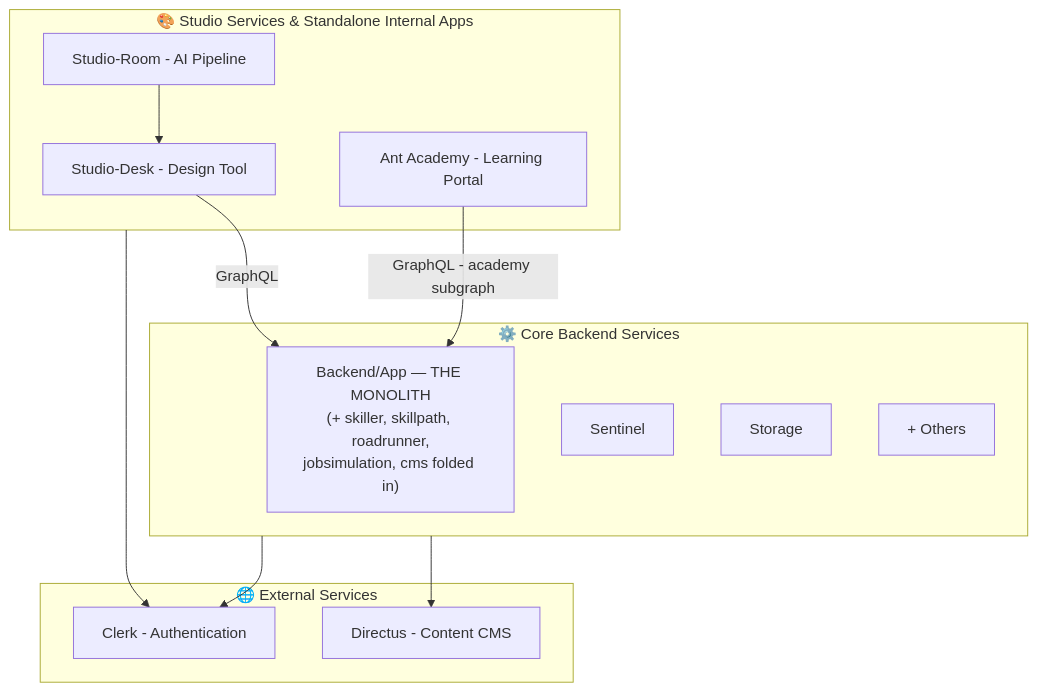
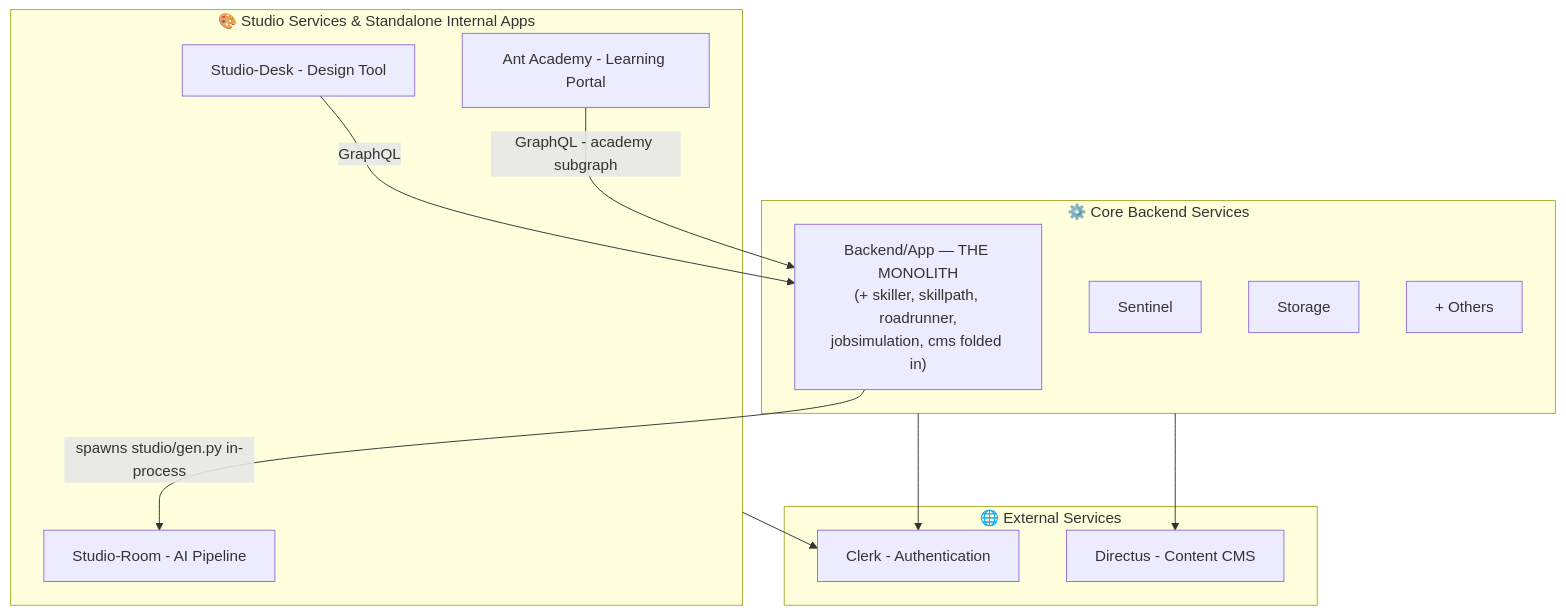
Before and after one commit to anthropos-work/rosetta: the diagram in corpus/architecture/service_taxonomy.md, drawn with Mermaid. The commit also changed other lines of this file and 38 other files, not shown here.

````diff
--- a/corpus/architecture/service_taxonomy.md
+++ b/corpus/architecture/service_taxonomy.md
@@ -16,27 +16,27 @@
 ```mermaid
 graph TB
     subgraph External["🌐 External Services"]
         Clerk[Clerk - Authentication]
         Directus[Directus - Content CMS]
     end
     
     subgraph Studio["🎨 Studio Services & Standalone Internal Apps"]
         Desk[Studio-Desk - Design Tool]
         Room[Studio-Room - AI Pipeline]
         Academy[Ant Academy - Learning Portal]
     end
     
     subgraph Core["⚙️ Core Backend Services"]
         Backend["Backend/App — THE MONOLITH<br/>(+ skiller, skillpath, roadrunner,<br/>jobsimulation, cms folded in)"]
         Sentinel[Sentinel]
         Storage[Storage]
         Others[+ Others]
     end
     
     Desk -->|GraphQL| Backend
     Academy -->|GraphQL - academy subgraph| Backend
-    Room --> Desk
+    Backend -->|spawns studio/gen.py in-process| Room
     Core --> Directus
     Studio --> Clerk
     Core --> Clerk
 ```
````
